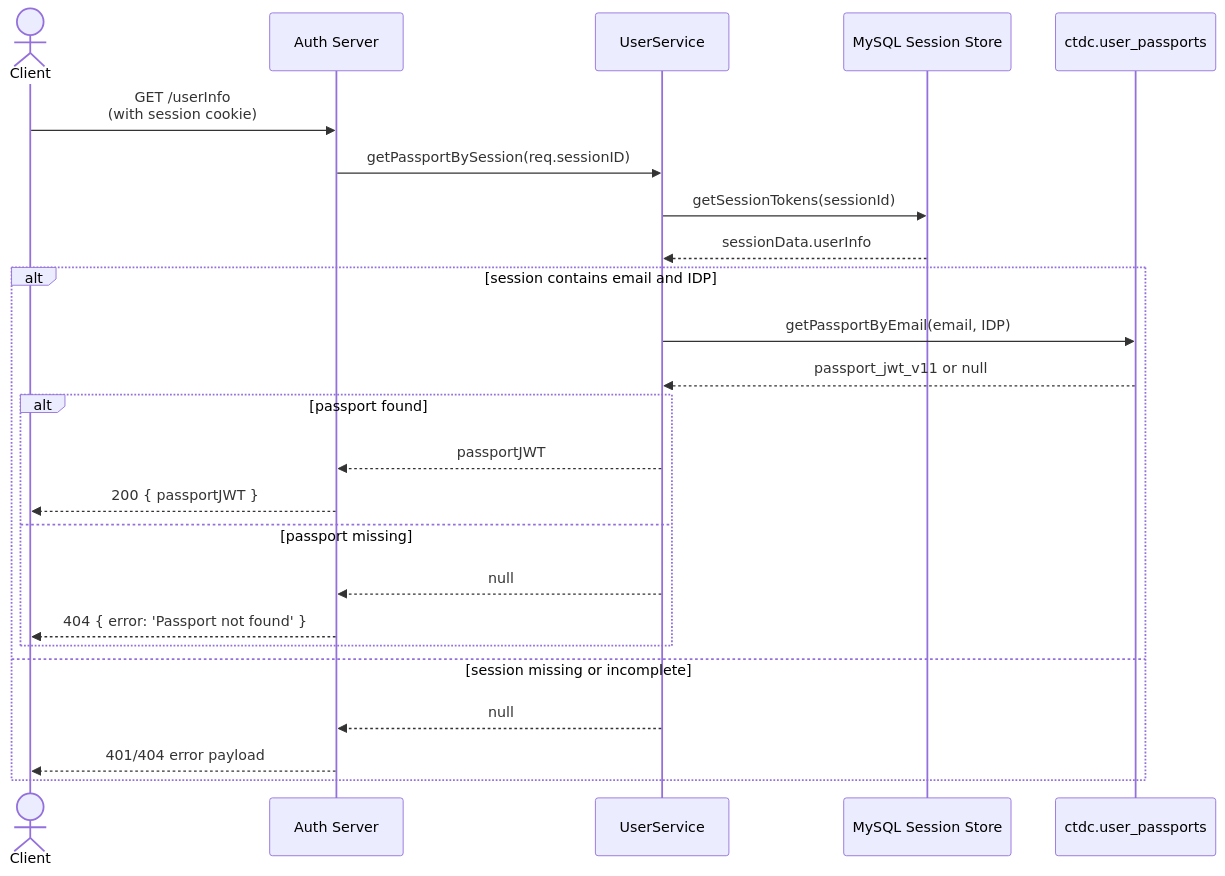
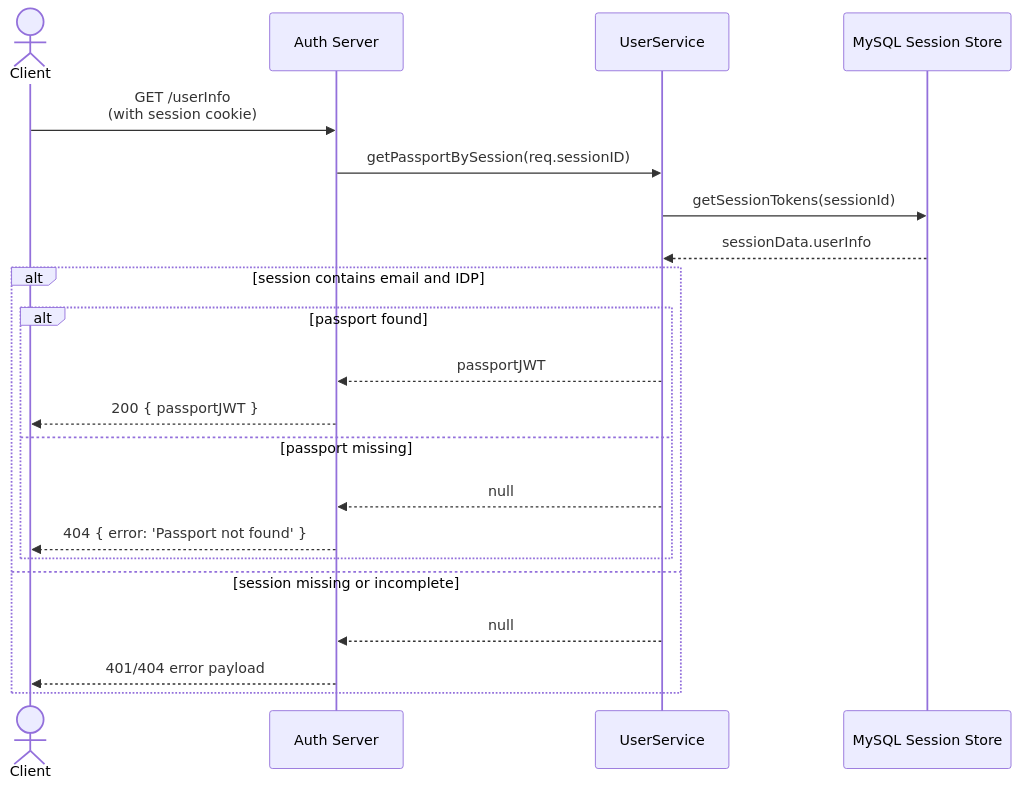
One commit to CBIIT/crdc-ctdc-authn changed the seventh of 8 diagrams in docs/architecture/runtime-flows.md. Above: the diagram before and after it, drawn with Mermaid. The commit also changed other lines of this file and 60 other files, not shown here.

````diff
--- a/docs/architecture/runtime-flows.md
+++ b/docs/architecture/runtime-flows.md
@@ -251,28 +246,25 @@
 ```mermaid
 sequenceDiagram
     actor Client
     participant AuthServer as Auth Server
     participant UserService as UserService
     participant SessionStore as MySQL Session Store
-    participant PassportStore as ctdc.user_passports
 
     Client->>AuthServer: GET /userInfo<br/>(with session cookie)
     AuthServer->>UserService: getPassportBySession(req.sessionID)
     UserService->>SessionStore: getSessionTokens(sessionId)
     SessionStore-->>UserService: sessionData.userInfo
 
     alt session contains email and IDP
-        UserService->>PassportStore: getPassportByEmail(email, IDP)
-        PassportStore-->>UserService: passport_jwt_v11 or null
         alt passport found
             UserService-->>AuthServer: passportJWT
             AuthServer-->>Client: 200 { passportJWT }
         else passport missing
             UserService-->>AuthServer: null
             AuthServer-->>Client: 404 { error: 'Passport not found' }
         end
     else session missing or incomplete
         UserService-->>AuthServer: null
         AuthServer-->>Client: 401/404 error payload
     end
 ```
````
